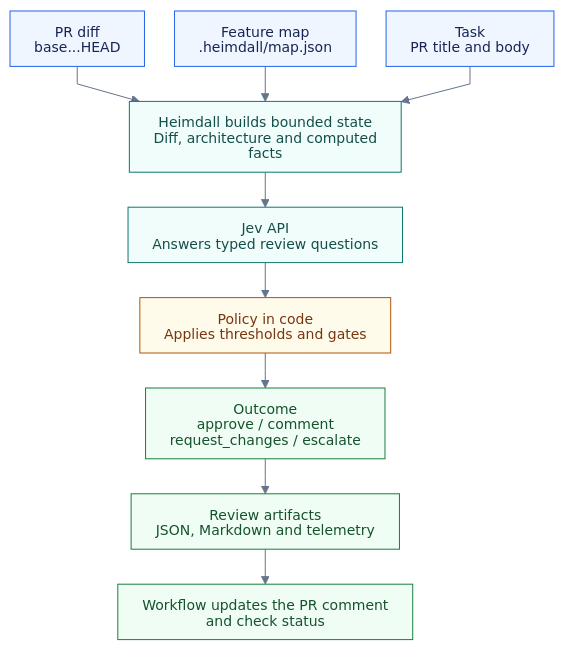
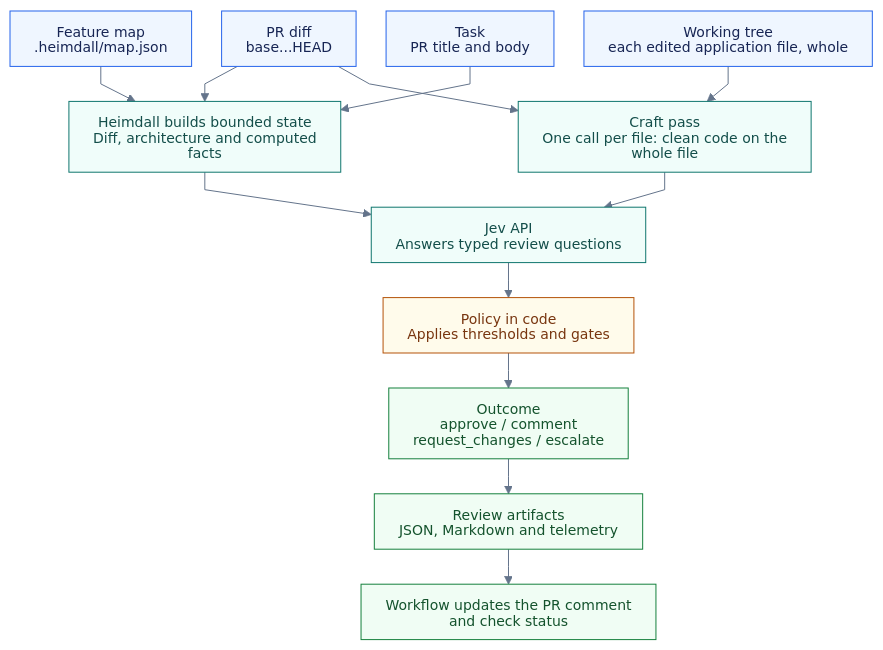
The diagram in docs/diagrams/review-flow.mmd (mrrasmussendk/pfa-api), drawn with Mermaid before and after one commit. The commit also changed 14 other files, not shown here.

First line of the commit message:
Review: clean code is judged file by file, each edited application file whole

```diff
--- a/docs/diagrams/review-flow.mmd
+++ b/docs/diagrams/review-flow.mmd
@@ -1,21 +1,27 @@
 %%{init: {"theme": "base", "themeVariables": {"fontFamily": "Arial, sans-serif", "fontSize": "14px", "lineColor": "#64748b", "edgeLabelBackground": "#ffffff", "clusterBkg": "#f8fafc", "clusterBorder": "#cbd5e1"}, "htmlLabels": false, "flowchart": {"htmlLabels": false, "curve": "linear", "nodeSpacing": 30, "rankSpacing": 35, "padding": 12, "wrappingWidth": 260}}}%%
 flowchart TB
     accTitle: PR review: inputs, judgment, policy and outputs
     diff["PR diff<br/>base...HEAD"]:::input
     map["Feature map<br/>.heimdall/map.json"]:::input
     task["Task<br/>PR title and body"]:::input
+    tree["Working tree<br/>each edited application file, whole"]:::input
     state["Heimdall builds bounded state<br/>Diff, architecture and computed facts"]:::process
+    craft["Craft pass<br/>One call per file: clean code on the whole file"]:::process
     jev["Jev API<br/>Answers typed review questions"]:::process
     policy["Policy in code<br/>Applies thresholds and gates"]:::decision
     verdict["Outcome<br/>approve / comment<br/>request_changes / escalate"]:::output
     reports["Review artifacts<br/>JSON, Markdown and telemetry"]:::output
     comment["Workflow updates the PR comment<br/>and check status"]:::output
     diff --> state
     map --> state
     task --> state
-    state --> jev --> policy --> verdict
+    diff --> craft
+    tree --> craft
+    state --> jev
+    craft --> jev
+    jev --> policy --> verdict
     verdict --> reports --> comment
     classDef input fill:#eff6ff,stroke:#2563eb,color:#172554
     classDef process fill:#f0fdfa,stroke:#0f766e,color:#134e4a
     classDef decision fill:#fffbeb,stroke:#b45309,color:#78350f
     classDef output fill:#f0fdf4,stroke:#15803d,color:#14532d
```
